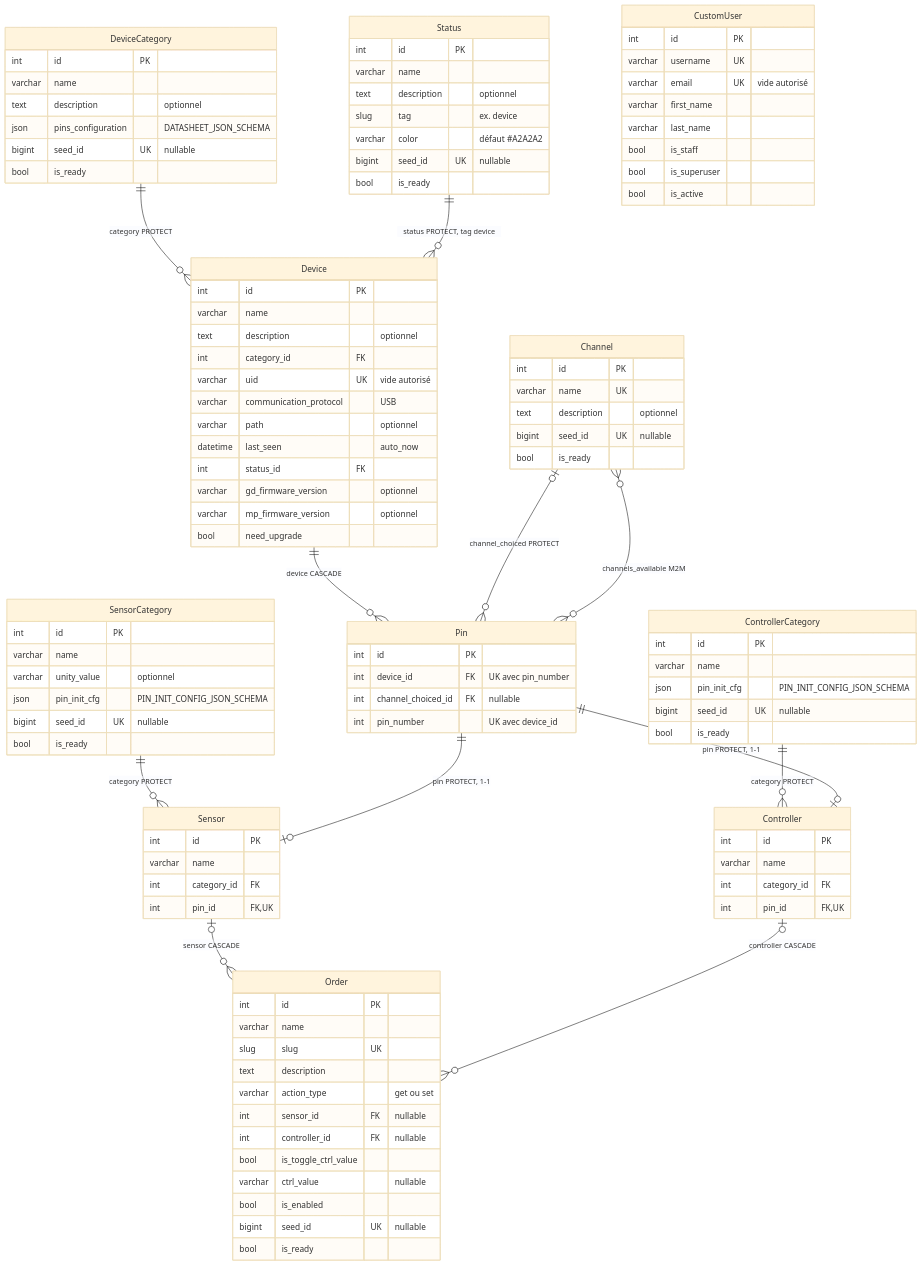
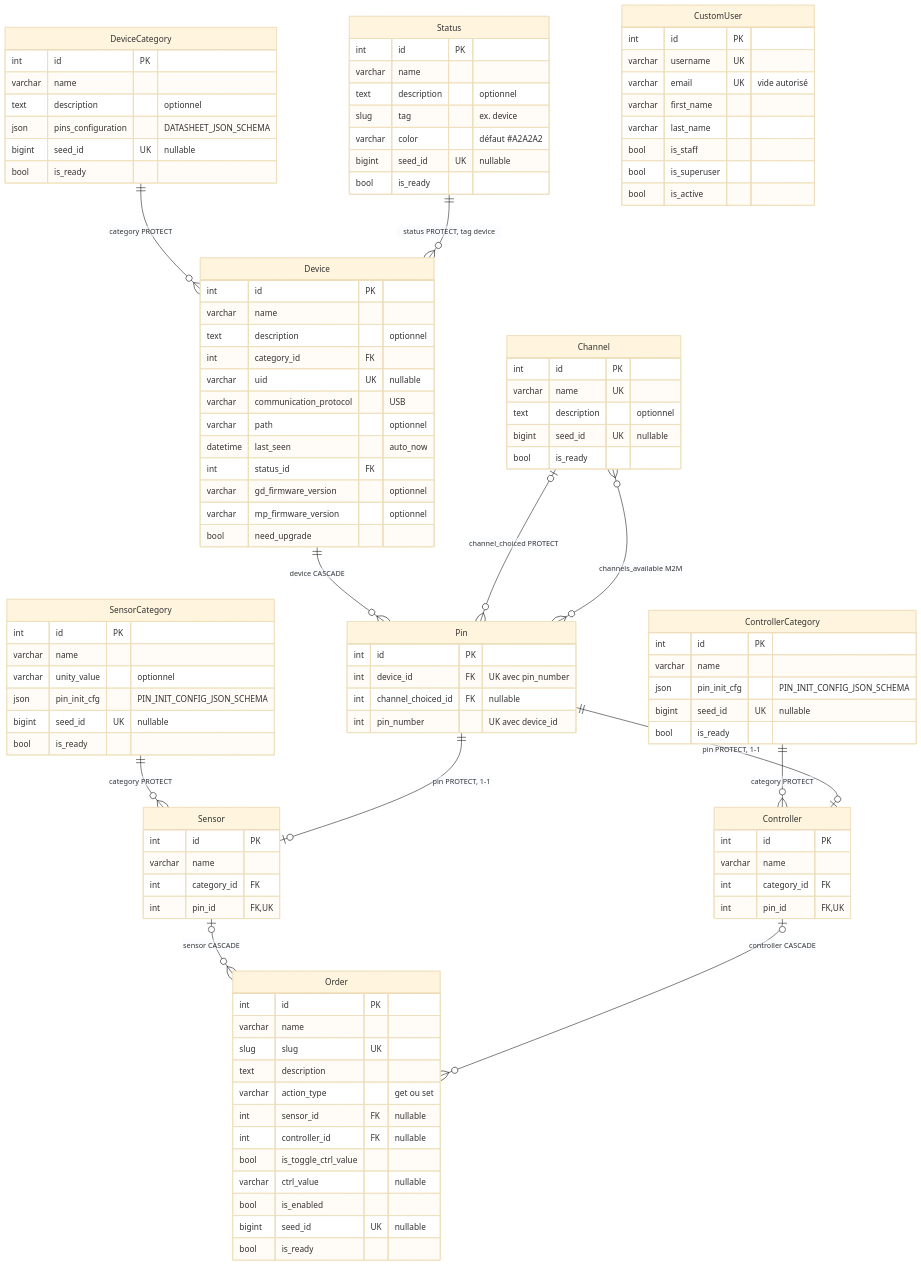
One commit to riderflo85/gardenIQ-back changed the diagram in docs/modele-de-donnees.md. Above: the diagram before and after it, drawn with Mermaid (base theme). The commit also changed other lines of this file and 4 other files, not shown here.

```diff
--- a/docs/modele-de-donnees.md
+++ b/docs/modele-de-donnees.md
@@ -32,7 +32,7 @@
         varchar name
         text description "optionnel"
         int category_id FK
-        varchar uid UK "vide autorisé"
+        varchar uid UK "nullable"
         varchar communication_protocol "USB"
         varchar path "optionnel"
         datetime last_seen "auto_now"
```
